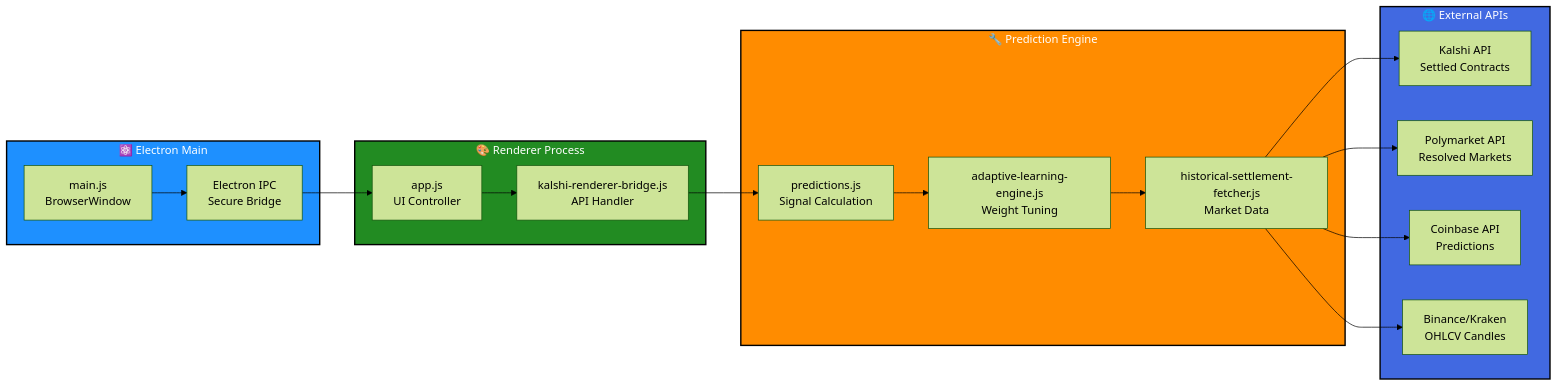
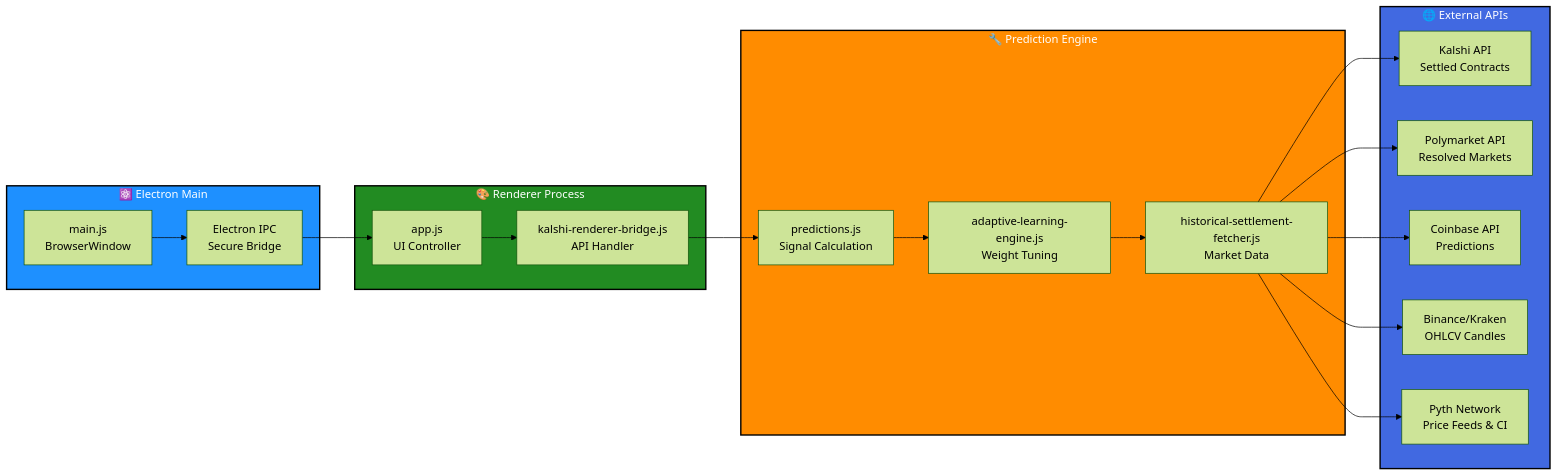
One commit to JohnDaWalka/WeCrypto changed the fourth of 8 diagrams in README.md. Above: the diagram before and after it, drawn with Mermaid (forest theme). The commit also changed other lines of this file, not shown here.

First line of the commit message:
docs: add Pyth Network as a main section in README

````diff
--- a/README.md
+++ b/README.md
@@ -241,41 +241,43 @@
 ```mermaid
 graph LR
     subgraph electron["⚛️ Electron Main"]
         MAIN["main.js<br/>BrowserWindow"]
         IPC["Electron IPC<br/>Secure Bridge"]
     end
     
     subgraph renderer["🎨 Renderer Process"]
         APP["app.js<br/>UI Controller"]
         BRIDGE["kalshi-renderer-bridge.js<br/>API Handler"]
     end
     
     subgraph engine["🔧 Prediction Engine"]
         PRED["predictions.js<br/>Signal Calculation"]
         LEARNER["adaptive-learning-engine.js<br/>Weight Tuning"]
         FETCHER["historical-settlement-fetcher.js<br/>Market Data"]
     end
     
     subgraph apis["🌐 External APIs"]
         KALSHI["Kalshi API<br/>Settled Contracts"]
         POLY["Polymarket API<br/>Resolved Markets"]
         COIN["Coinbase API<br/>Predictions"]
         BINANCE["Binance/Kraken<br/>OHLCV Candles"]
+        PYTH["Pyth Network<br/>Price Feeds & CI"]
     end
     
     MAIN --> IPC
     IPC --> APP
     APP --> BRIDGE
     BRIDGE --> PRED
     PRED --> LEARNER
     LEARNER --> FETCHER
     FETCHER --> KALSHI
     FETCHER --> POLY
     FETCHER --> COIN
     FETCHER --> BINANCE
+    FETCHER --> PYTH
     
     style electron fill:#1e90ff,color:#fff,stroke:#000,stroke-width:2px
     style renderer fill:#228b22,color:#fff,stroke:#000,stroke-width:2px
     style engine fill:#ff8c00,color:#fff,stroke:#000,stroke-width:2px
     style apis fill:#4169e1,color:#fff,stroke:#000,stroke-width:2px
 ```
````
